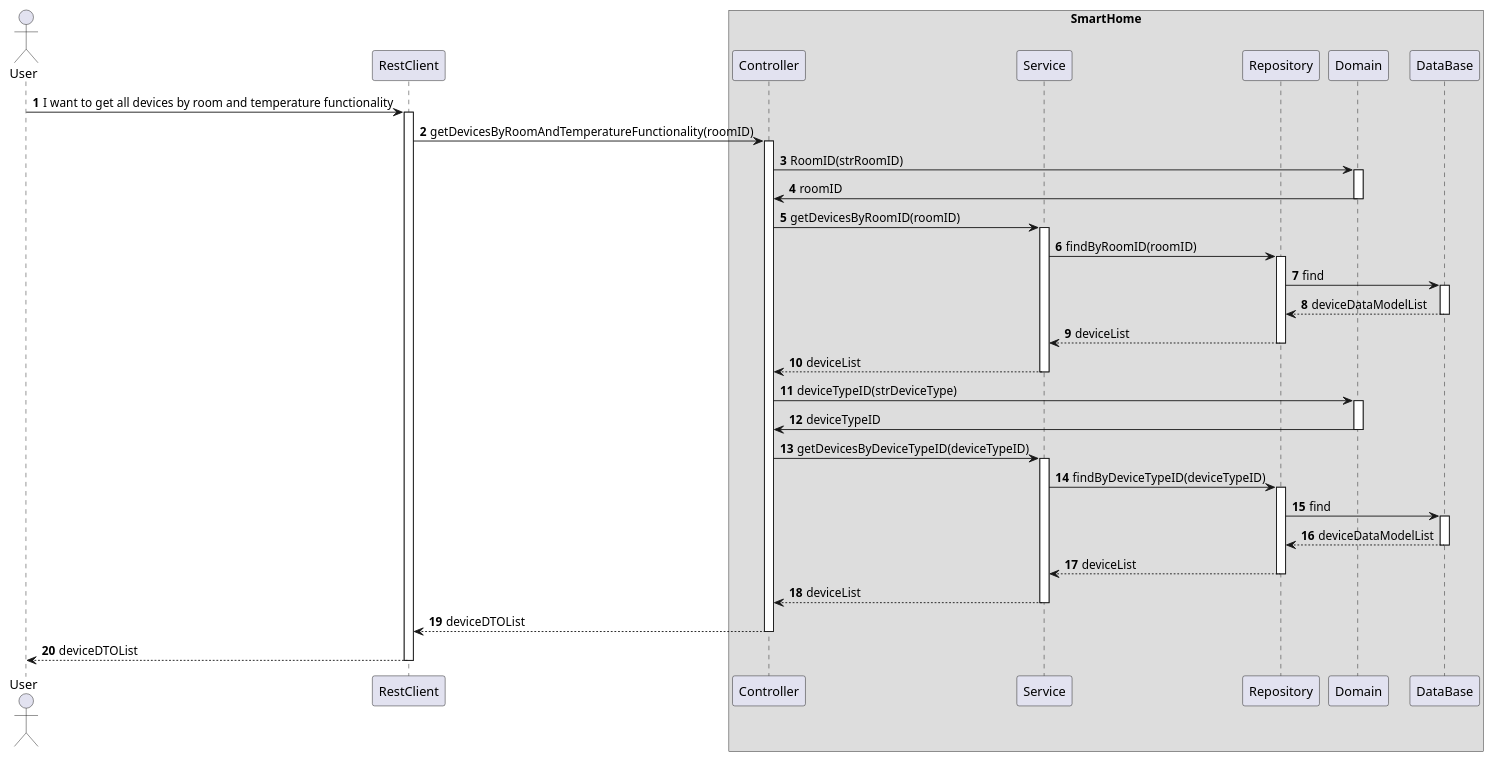
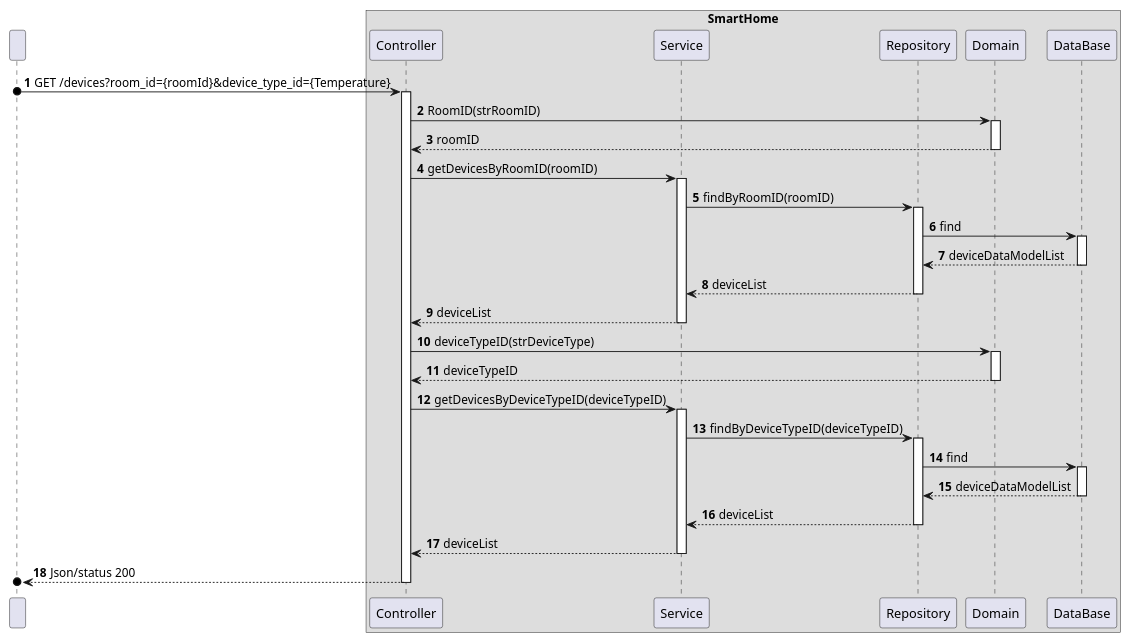
Before and after one commit to olivDiogo/SmartHome: the diagram in docs/ooa/C4_4plus1_models/Level3/ProcessView/ProcessViewLevel3_UC12.puml, drawn with PlantUML. The commit also changed 5 other files, not shown here.

```diff
--- a/docs/ooa/C4_4plus1_models/Level3/ProcessView/ProcessViewLevel3_UC12.puml
+++ b/docs/ooa/C4_4plus1_models/Level3/ProcessView/ProcessViewLevel3_UC12.puml
@@ -1,82 +1,77 @@
 @startuml
 'https://plantuml.com/sequence-diagram
 !pragma layout smetana
 
 autonumber
 
-actor "User" as User
-participant "RestClient" as RC
+participant " " as User
 
 box "SmartHome"
     participant "Controller" as CTRL
     participant "Service" as SV
     participant "Repository" as REPO
     participant "Domain" as DOM
     participant "DataBase" as BD
 end box
 
 
-User -> RC : I want to get all devices by room and temperature functionality
-activate RC
+User o-> CTRL : GET /devices?room_id={roomId}&device_type_id={Temperature}
 
-RC -> CTRL : getDevicesByRoomAndTemperatureFunctionality(roomID)
 activate CTRL
 
 CTRL -> DOM : RoomID(strRoomID)
 activate DOM
 
-DOM -> CTRL : roomID
+DOM --> CTRL : roomID
 deactivate DOM
 
 CTRL -> SV: getDevicesByRoomID(roomID)
 activate SV
 
 SV -> REPO : findByRoomID(roomID)
 activate REPO
 
 REPO -> BD : find
 activate BD
 
 
 BD --> REPO : deviceDataModelList
 deactivate BD
 
 REPO --> SV : deviceList
 deactivate REPO
 
 SV --> CTRL : deviceList
 deactivate REPO
 deactivate SV
 
 CTRL -> DOM : deviceTypeID(strDeviceType)
 activate DOM
 
-DOM -> CTRL : deviceTypeID
+DOM --> CTRL : deviceTypeID
 deactivate DOM
 
 CTRL -> SV : getDevicesByDeviceTypeID(deviceTypeID)
 activate SV
 
 SV -> REPO : findByDeviceTypeID(deviceTypeID)
 activate REPO
 
 REPO -> BD : find
 activate BD
 
 BD --> REPO : deviceDataModelList
 deactivate BD
 
 REPO --> SV : deviceList
 deactivate REPO
 
 SV --> CTRL : deviceList
 deactivate SV
 
-CTRL --> RC : deviceDTOList
+CTRL -->o User : Json/status 200
 deactivate CTRL
 
-RC --> User :  deviceDTOList
-deactivate RC
 
 
 @enduml
```
